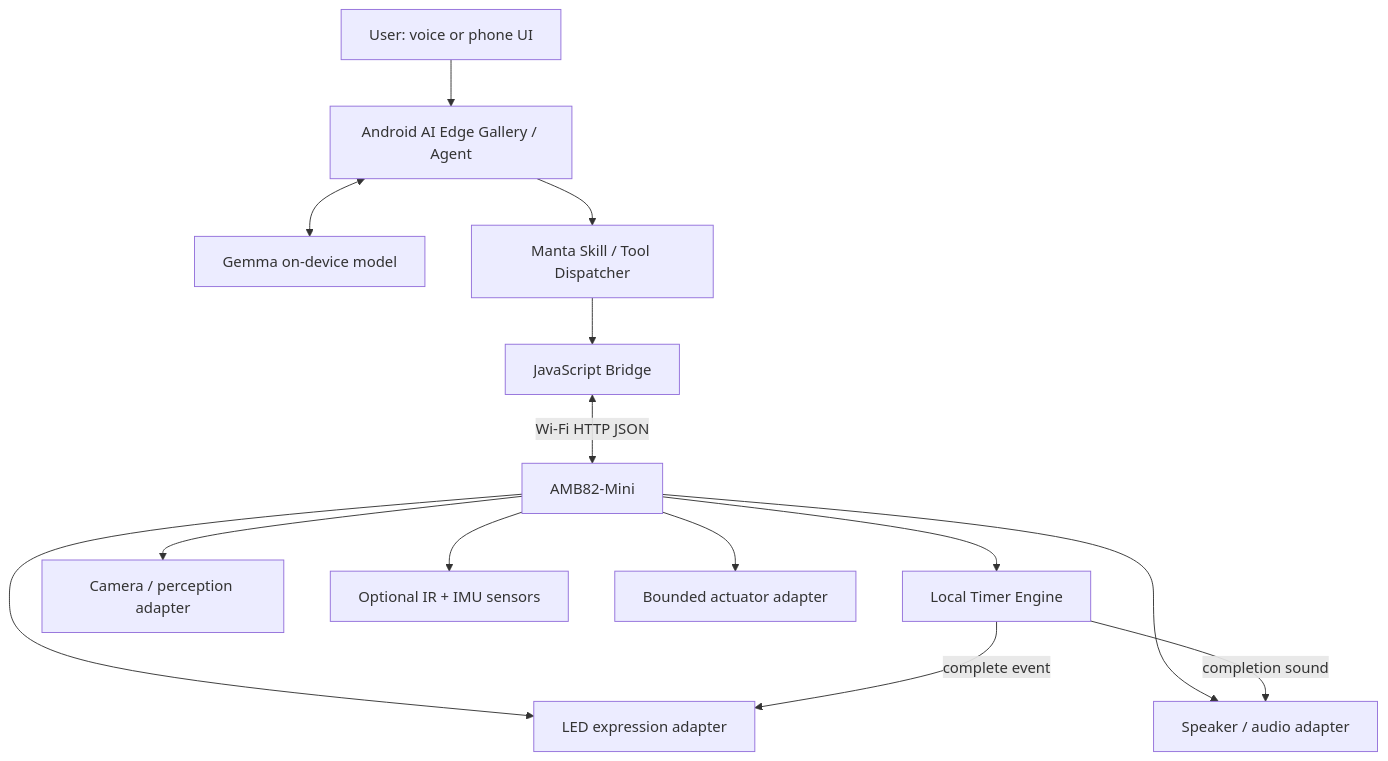
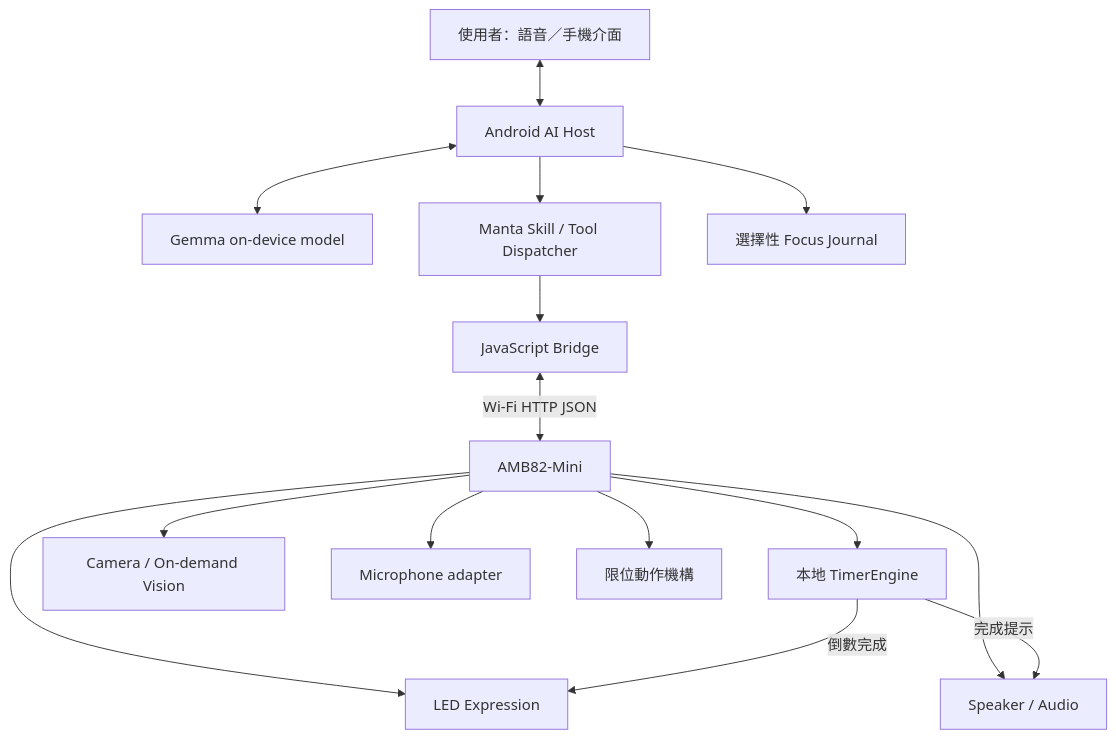
One commit to JJJDDDSSS/AI-plush-manta changed the first of 2 diagrams in Architecture.md. Above: the diagram before and after it, drawn with Mermaid. The commit also changed other lines of this file, not shown here.

Commit message:
Finalize Manta hardware and software architecture

````diff
--- a/Architecture.md
+++ b/Architecture.md
@@ -17,16 +18,17 @@
 ```mermaid
 flowchart TB
-  U[User: voice or phone UI] --> A[Android AI Edge Gallery / Agent]
-  A <--> L[Gemma on-device model]
-  A --> S[Manta Skill / Tool Dispatcher]
+  U[使用者：語音／手機介面] <--> P[Android AI Host]
+  P <--> G[Gemma on-device model]
+  P --> S[Manta Skill / Tool Dispatcher]
   S --> B[JavaScript Bridge]
   B <-->|Wi-Fi HTTP JSON| M[AMB82-Mini]
-  M --> T[Local Timer Engine]
-  M --> C[Camera / perception adapter]
-  M --> I[Optional IR + IMU sensors]
-  M --> E[LED expression adapter]
-  M --> SP[Speaker / audio adapter]
-  M --> AC[Bounded actuator adapter]
-  T -->|complete event| E
-  T -->|completion sound| SP
+  M --> T[本地 TimerEngine]
+  M --> C[Camera / On-demand Vision]
+  M --> MIC[Microphone adapter]
+  M --> L[LED Expression]
+  M --> SP[Speaker / Audio]
+  M --> A[限位動作機構]
+  T -->|倒數完成| L
+  T -->|完成提示| SP
+  P --> J[選擇性 Focus Journal]
 ```
````
